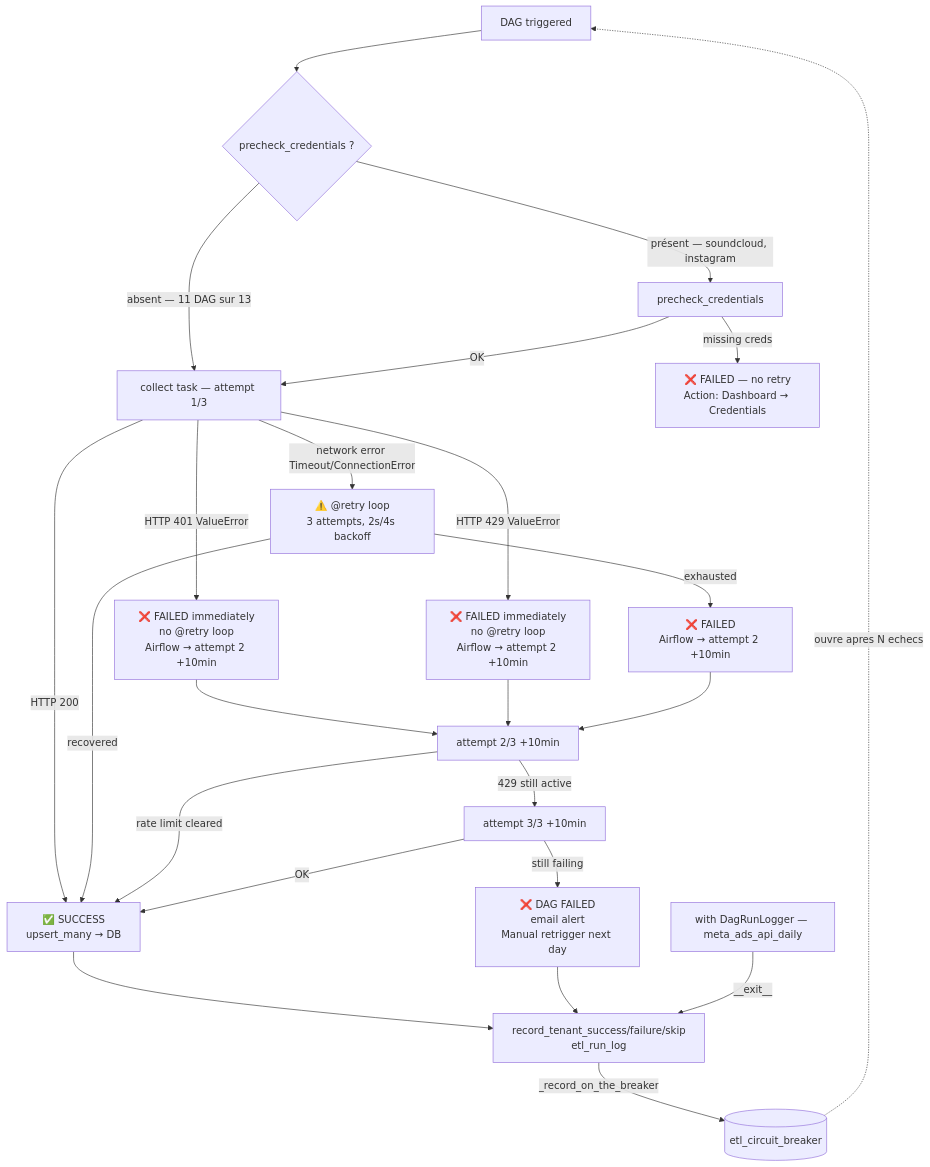
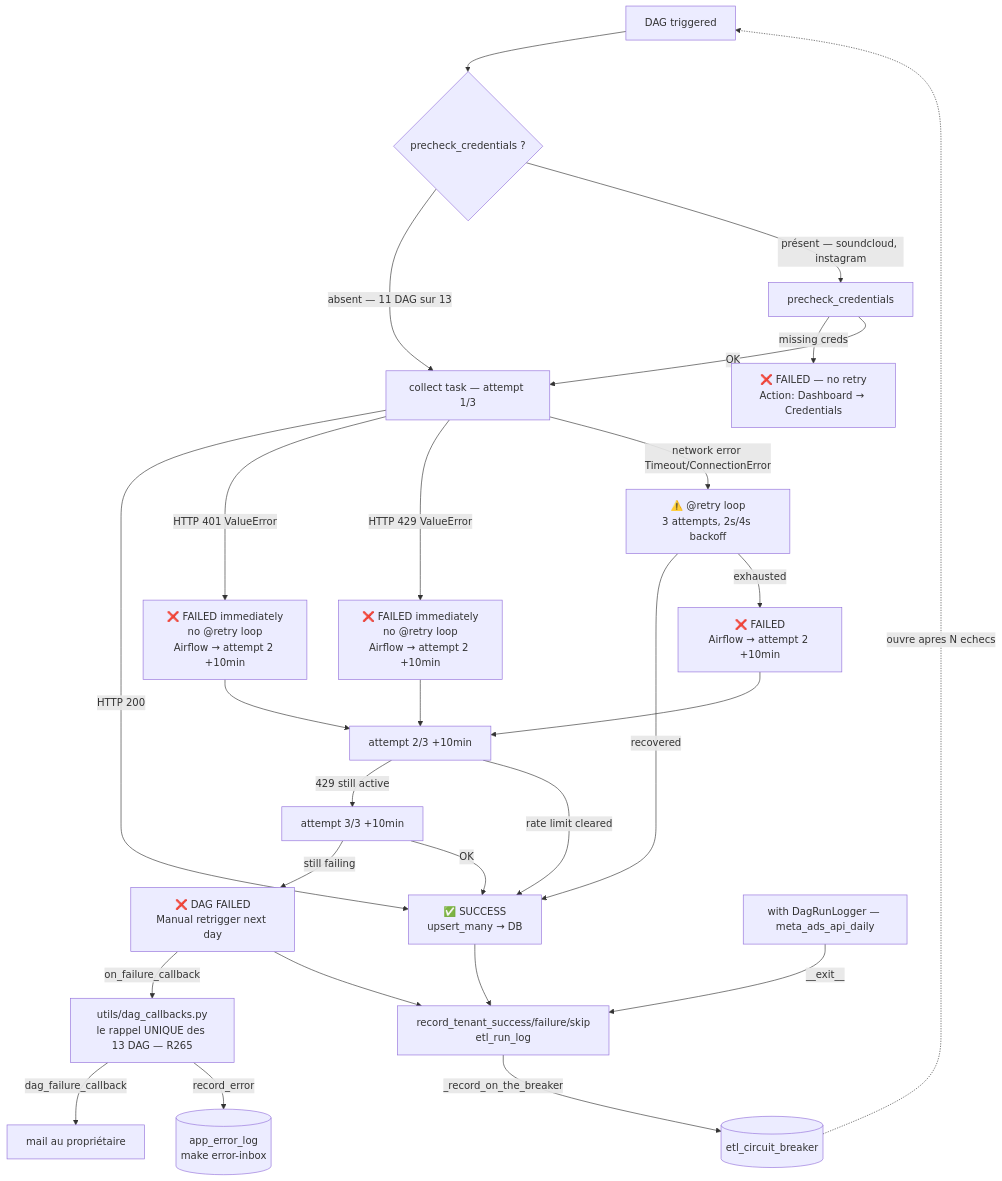
Before and after one commit to 1x7xxxxxxx/Dashboard_music_platform_algo_spotify: the third of 3 diagrams in .claude/dev-docs/architecture.md, drawn with Mermaid. The commit also changed other lines of this file and 6 other files, not shown here.

````diff
--- a/.claude/dev-docs/architecture.md
+++ b/.claude/dev-docs/architecture.md
@@ -231,34 +249,37 @@
 ```mermaid
 flowchart TD
     A[DAG triggered] --> B{precheck_credentials ?}
     B -->|absent — 11 DAG sur 13| C
     B -->|présent — soundcloud, instagram| B2[precheck_credentials]
     B2 -->|missing creds| FAIL1[❌ FAILED — no retry\nAction: Dashboard → Credentials]
     B2 -->|OK| C[collect task — attempt 1/3]
 
     C -->|HTTP 200| SUCCESS[✅ SUCCESS\nupsert_many → DB]
     C -->|HTTP 401 ValueError| FAIL2[❌ FAILED immediately\nno @retry loop\nAirflow → attempt 2 +10min]
     C -->|HTTP 429 ValueError| FAIL3[❌ FAILED immediately\nno @retry loop\nAirflow → attempt 2 +10min]
     C -->|network error Timeout/ConnectionError| RETRY[⚠️ @retry loop\n3 attempts, 2s/4s backoff]
     RETRY -->|recovered| SUCCESS
     RETRY -->|exhausted| FAIL4[❌ FAILED\nAirflow → attempt 2 +10min]
 
     FAIL2 --> ATT2[attempt 2/3 +10min]
     FAIL3 --> ATT2
     FAIL4 --> ATT2
 
     ATT2 -->|429 still active| ATT3[attempt 3/3 +10min]
     ATT2 -->|rate limit cleared| SUCCESS
-    ATT3 -->|still failing| FINAL[❌ DAG FAILED\nemail alert\nManual retrigger next day]
+    ATT3 -->|still failing| FINAL[❌ DAG FAILED\nManual retrigger next day]
+    FINAL -->|on_failure_callback| DCB[utils/dag_callbacks.py\nle rappel UNIQUE des 13 DAG — R265]
+    DCB -->|dag_failure_callback| MAIL[mail au propriétaire]
+    DCB -->|record_error| ERRLOG[(app_error_log\nmake error-inbox)]
     ATT3 -->|OK| SUCCESS
 
     %% Ce que le flux ci-dessus NE montrait PAS jusqu'au 2026-09-18, et qui existe.
     SUCCESS --> LOG[record_tenant_success/failure/skip<br/>etl_run_log]
     FINAL --> LOG
     %% Second chemin, absent jusqu'au 2026-09-26 : un DAG qui ouvre `with DagRunLogger(…)`
     %% (meta_ads_api_daily) atteint le même journal et le même disjoncteur sans appeler
     %% record_tenant_* (revue d'architecture du 2026-09-26).
     DRL[with DagRunLogger — meta_ads_api_daily] -->|__exit__| LOG
     LOG -->|_record_on_the_breaker| CB[(etl_circuit_breaker)]
     CB -.->|ouvre apres N echecs| A
 ```
````
